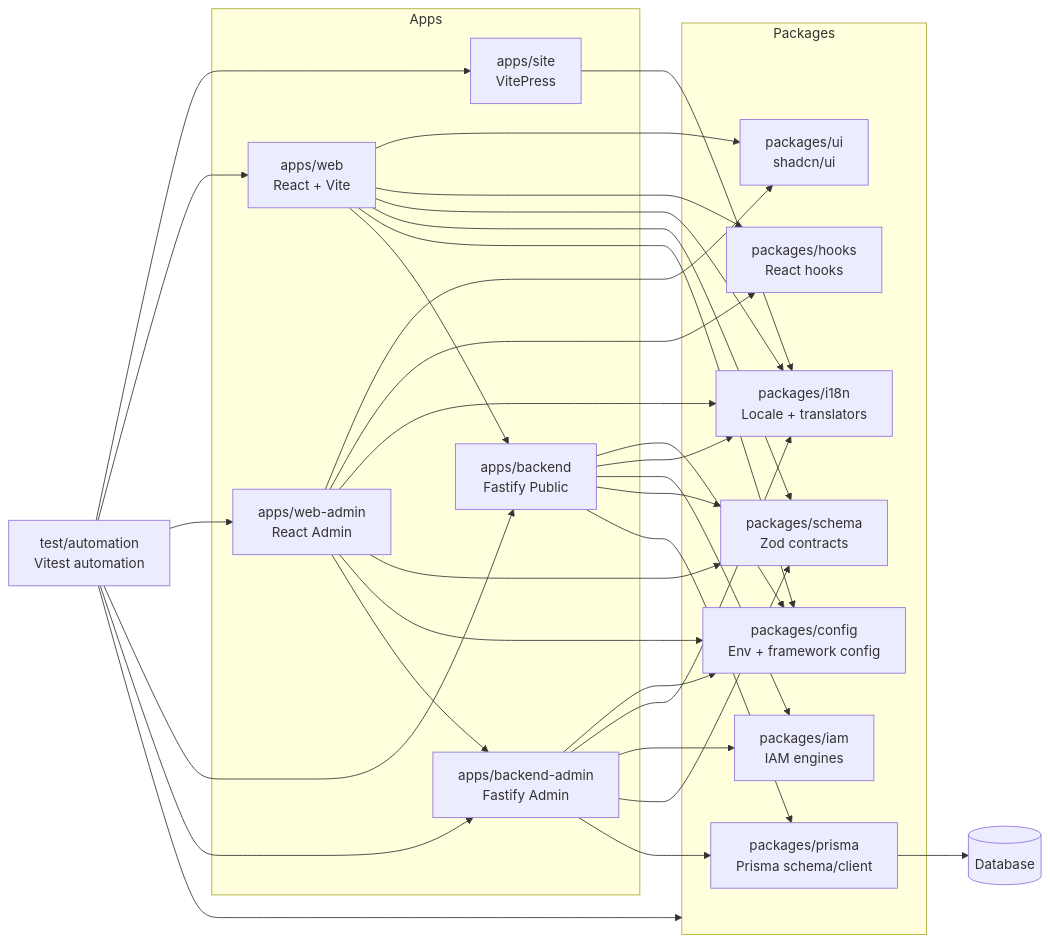
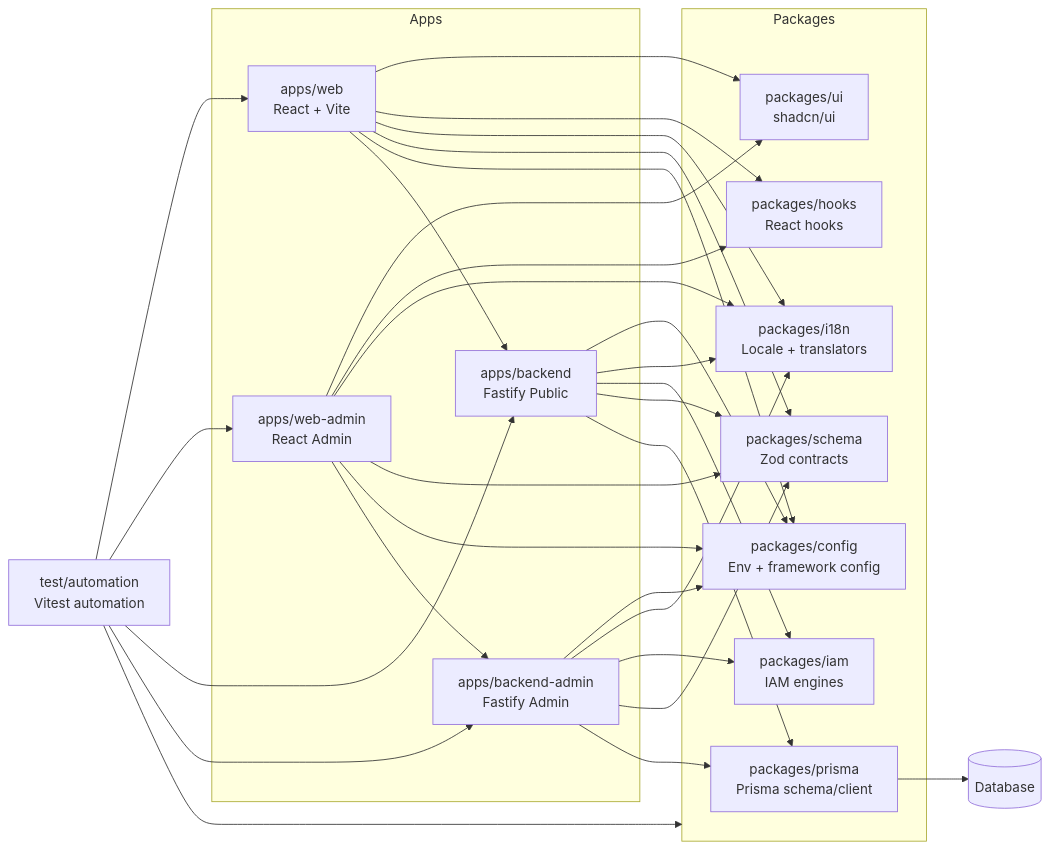
One commit to tetap/tetap-agent-template changed the diagram in docs/Logical Architecture Diagram/README.md. Above: the diagram before and after it, drawn with Mermaid. The commit also changed other lines of this file and 49 other files, not shown here.

````diff
--- a/docs/Logical Architecture Diagram/README.md
+++ b/docs/Logical Architecture Diagram/README.md
@@ -14,54 +14,51 @@
 ```mermaid
 flowchart LR
   subgraph Apps
-    Site[apps/site\nVitePress]
     Web[apps/web\nReact + Vite]
     WebAdmin[apps/web-admin\nReact Admin]
     Backend[apps/backend\nFastify Public]
     BackendAdmin[apps/backend-admin\nFastify Admin]
   end
 
   subgraph Packages
     Config[packages/config\nEnv + framework config]
     I18n[packages/i18n\nLocale + translators]
     IAM[packages/iam\nIAM engines]
     Schema[packages/schema\nZod contracts]
     UI[packages/ui\nshadcn/ui]
     Hooks[packages/hooks\nReact hooks]
     Prisma[packages/prisma\nPrisma schema/client]
   end
 
   Tests[test/automation\nVitest automation]
   DB[(Database)]
 
-  Site --> I18n
   Web --> UI
   Web --> Hooks
   Web --> I18n
   Web --> Schema
   Web --> Config
   Web --> Backend
   WebAdmin --> UI
   WebAdmin --> Hooks
   WebAdmin --> I18n
   WebAdmin --> Schema
   WebAdmin --> Config
   WebAdmin --> BackendAdmin
   Backend --> Config
   Backend --> I18n
   Backend --> IAM
   Backend --> Schema
   Backend --> Prisma
   BackendAdmin --> Config
   BackendAdmin --> I18n
   BackendAdmin --> IAM
   BackendAdmin --> Schema
   BackendAdmin --> Prisma
   Prisma --> DB
-  Tests --> Site
   Tests --> Web
   Tests --> WebAdmin
   Tests --> Backend
   Tests --> BackendAdmin
   Tests --> Packages
 ```
````
